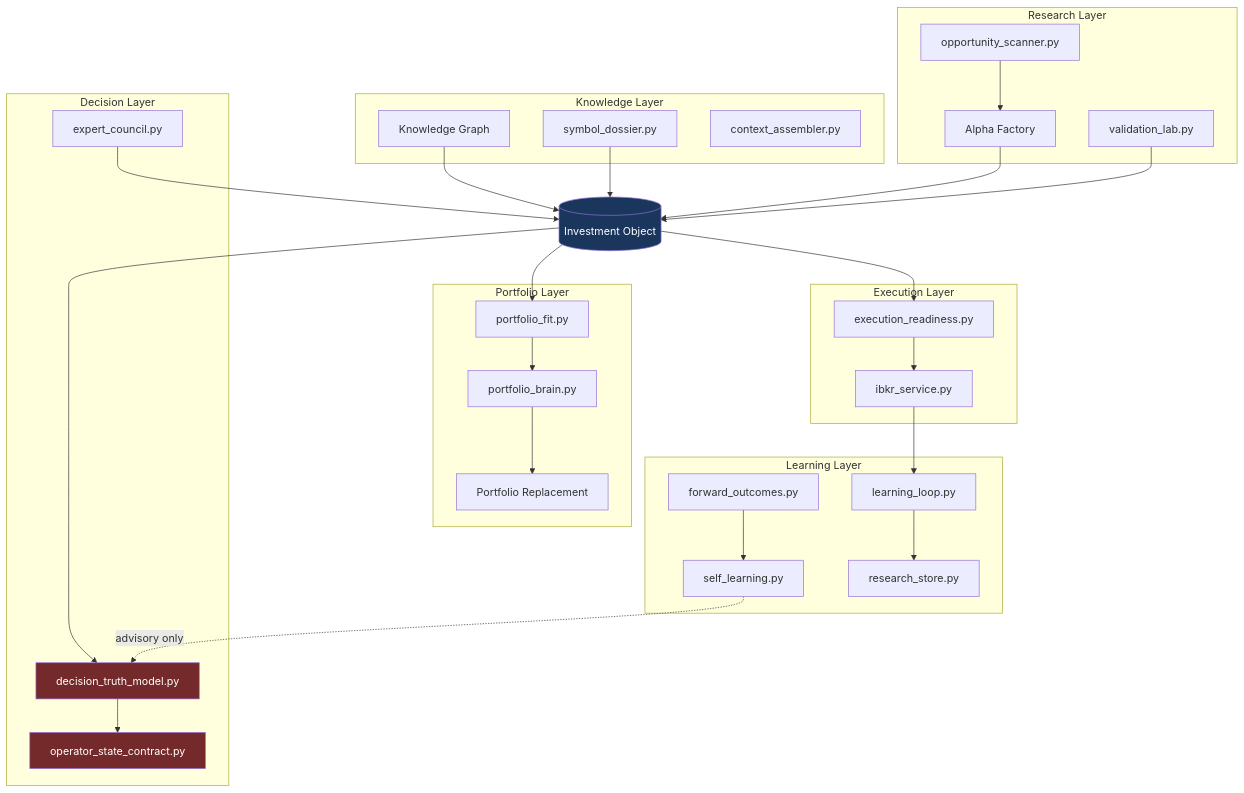
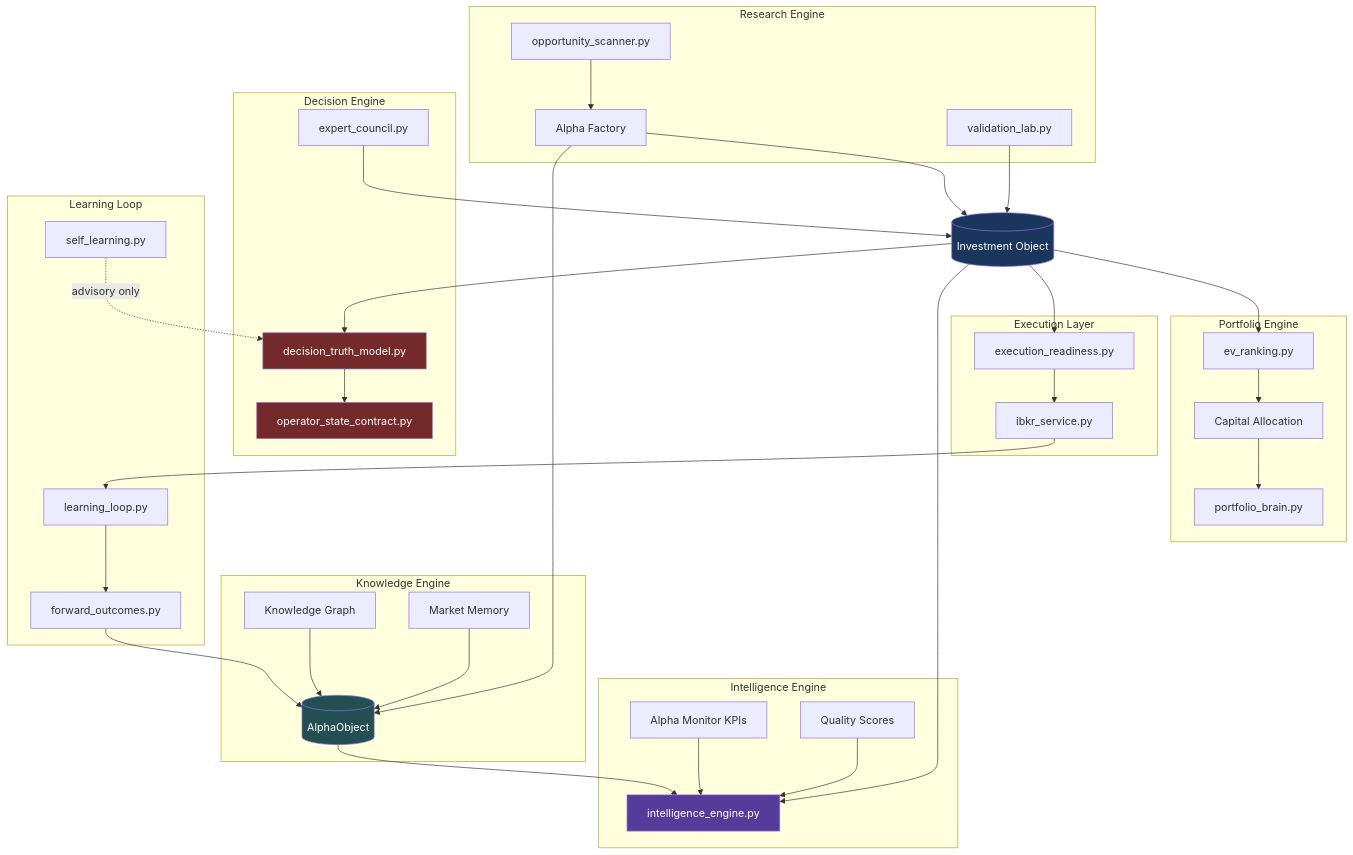
The diagram in docs/CC_X_INSTITUTIONAL_ALPHA_OS.md (cheafi/Trading-bot-CC), drawn with Mermaid before and after one commit. The commit also changed other lines of this file and 2 other files, not shown here.

First line of the commit message:
Shift CC X roadmap to investment-outcome-first architecture.

````diff
--- a/docs/CC_X_INSTITUTIONAL_ALPHA_OS.md
+++ b/docs/CC_X_INSTITUTIONAL_ALPHA_OS.md
@@ -255,60 +432,68 @@
 ```mermaid
 flowchart TB
-    subgraph Knowledge["Knowledge Layer"]
-        KG[Knowledge Graph]
-        SD[symbol_dossier.py]
-        CI[context_assembler.py]
+    subgraph Intelligence["Intelligence Engine"]
+        IE[intelligence_engine.py]
+        AM[Alpha Monitor KPIs]
+        QS[Quality Scores]
     end
 
-    subgraph Research["Research Layer"]
+    subgraph Knowledge["Knowledge Engine"]
+        KG[Knowledge Graph]
+        AO[(AlphaObject)]
+        MM[Market Memory]
+    end
+
+    subgraph Research["Research Engine"]
         AF[Alpha Factory]
         OS[opportunity_scanner.py]
         VL[validation_lab.py]
     end
 
-    subgraph Decision["Decision Layer"]
+    subgraph Decision["Decision Engine"]
         DTM[decision_truth_model.py]
         OSC[operator_state_contract.py]
         EC[expert_council.py]
     end
 
-    subgraph Portfolio["Portfolio Layer"]
+    subgraph Portfolio["Portfolio Engine"]
         PB[portfolio_brain.py]
-        PF[portfolio_fit.py]
-        PR[Portfolio Replacement]
+        CA[Capital Allocation]
+        EV[ev_ranking.py]
     end
 
     subgraph Execution["Execution Layer"]
         ER[execution_readiness.py]
         IBKR[ibkr_service.py]
     end
 
-    subgraph Learning["Learning Layer"]
+    subgraph Learning["Learning Loop"]
         LL[learning_loop.py]
         FO[forward_outcomes.py]
         SL[self_learning.py]
-        RM[research_store.py]
     end
 
     IO[(Investment Object)]
 
-    KG --> IO
-    SD --> IO
+    KG --> AO
+    MM --> AO
     OS --> AF --> IO
+    AF --> AO
     VL --> IO
-    IO --> DTM
-    DTM --> OSC
+    IO --> DTM --> OSC
     EC --> IO
-    IO --> PF
-    PF --> PB
-    PB --> PR
+    IO --> EV --> CA --> PB
     IO --> ER --> IBKR
-    IBKR --> LL
-    FO --> SL
-    LL --> RM
+    IBKR --> LL --> FO
+    FO --> AO
     SL -.->|advisory only| DTM
+    IO --> IE
+    AO --> IE
+    AM --> IE
+    QS --> IE
 
     style IO fill:#1a365d,color:#fff
+    style AO fill:#234e52,color:#fff
     style OSC fill:#742a2a,color:#fff
     style DTM fill:#742a2a,color:#fff
+    style IE fill:#553c9a,color:#fff
 ```
````
